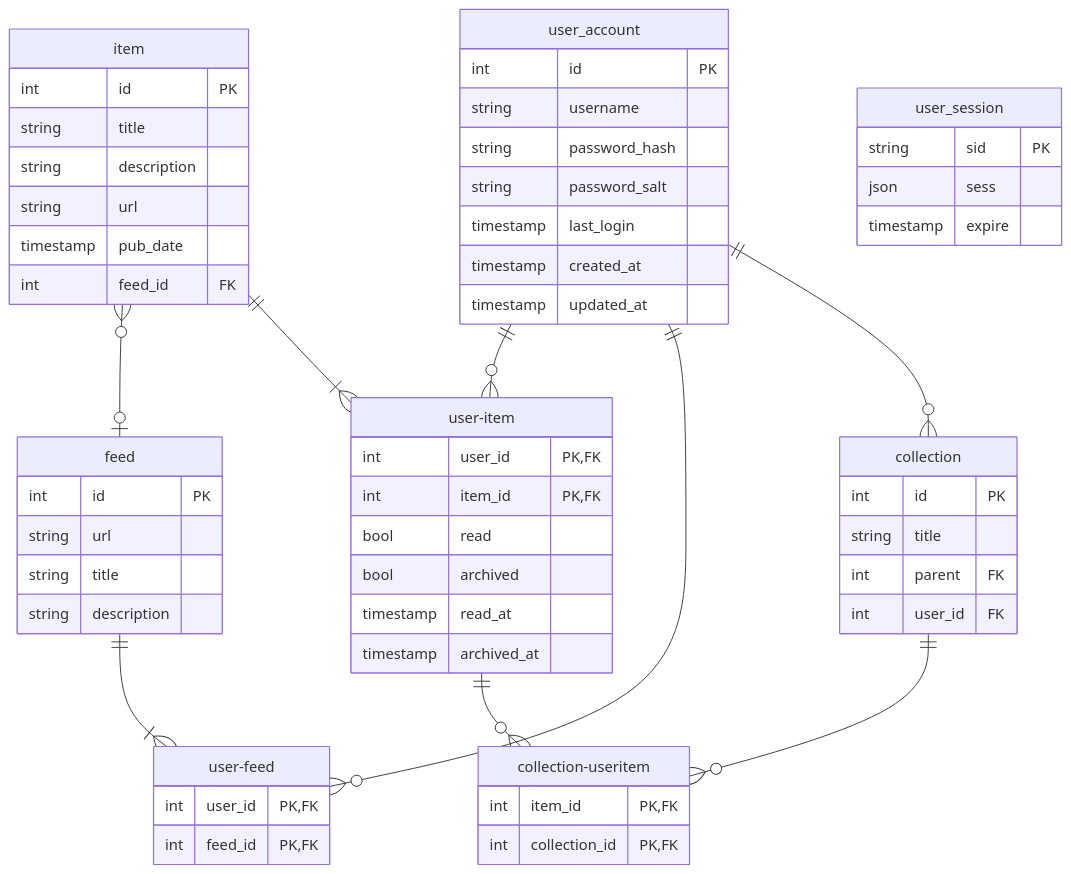
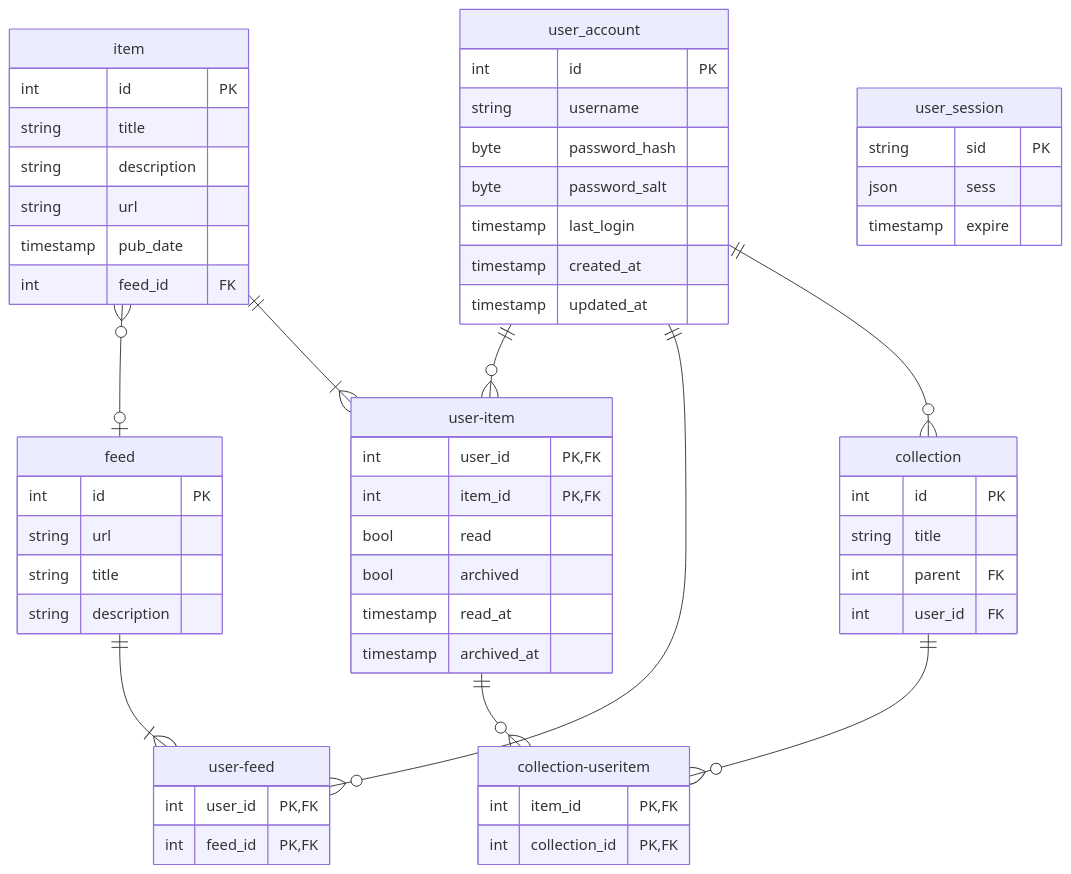
The diagram in database/README.md (tylershelton/inflow), drawn with Mermaid before and after one commit.

Commit message:
Correct data type

````diff
--- a/database/README.md
+++ b/database/README.md
@@ -3,65 +3,65 @@
 ```mermaid
 erDiagram
   collection {
 	  int id PK
 	  string title
 	  int parent FK
 	  int user_id FK
 	}
 	feed {
 		int id PK
 		string url
 		string title
 		string description
 	}
 	item {
 		int id PK
 		string title
 		string description
 		string url
 		timestamp pub_date
 		int feed_id FK
 	}
 	user_account {
 		int id PK
 		string username
-		string password_hash
-		string password_salt
+		byte password_hash
+		byte password_salt
 		timestamp last_login
 		timestamp created_at
 		timestamp updated_at
 	}
 	user_session {
 		string sid PK
 		json sess
 		timestamp expire
 	}
 	collection-useritem {
 		int item_id PK,FK
 		int collection_id PK,FK
 	}
 	user-feed {
 		int user_id PK,FK
 		int feed_id PK,FK
 	}
 	user-item {
 		int user_id PK,FK
 		int item_id PK,FK
 		bool read
 		bool archived
 		timestamp read_at
 		timestamp archived_at
 	}
 	
 	item zero or many -- zero or one feed : ""
 	user-item one -- zero or more collection-useritem : ""
 	item one -- one or more user-item : ""
 
 	user_account one -- zero or more user-item  : ""
 	user_account one -- zero or more user-feed  : ""
 	user_account one -- zero or more collection : ""
 	
 	feed one -- one or more user-feed : ""
 	
 	collection one -- zero or more collection-useritem : ""
 ```
````
